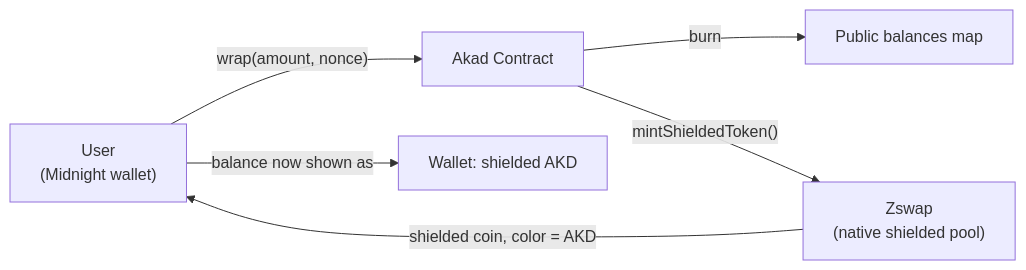
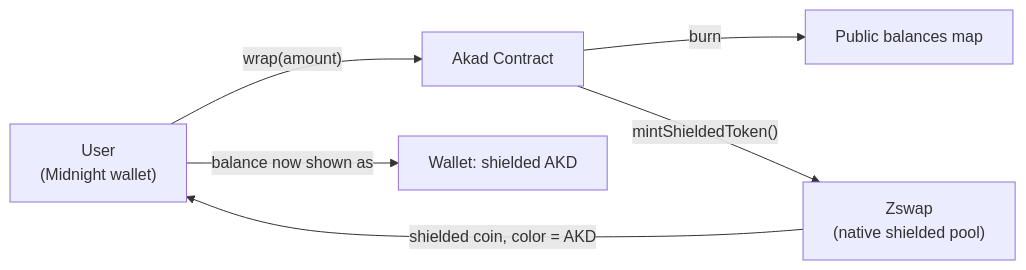
Before and after one commit to dzakwannajmi/akad: the second of 5 diagrams in README.md, drawn with Mermaid. The commit also changed other lines of this file, not shown here.

First line of the commit message:
docs: update README to the shielded-pair contract and add traction

````diff
--- a/README.md
+++ b/README.md
@@ -162,8 +162,8 @@
 ```mermaid
 flowchart LR
-  U["User<br/>(Midnight wallet)"] -->|"wrap(amount, nonce)"| TC["Akad Contract"]
+  U["User<br/>(Midnight wallet)"] -->|"wrap(amount)"| TC["Akad Contract"]
   TC -->|"burn"| PB["Public balances map"]
   TC -->|"mintShieldedToken()"| ZS["Zswap<br/>(native shielded pool)"]
   ZS -->|"shielded coin, color = AKD"| U
   U -->|"balance now shown as"| L["Wallet: shielded AKD"]
 ```
````
